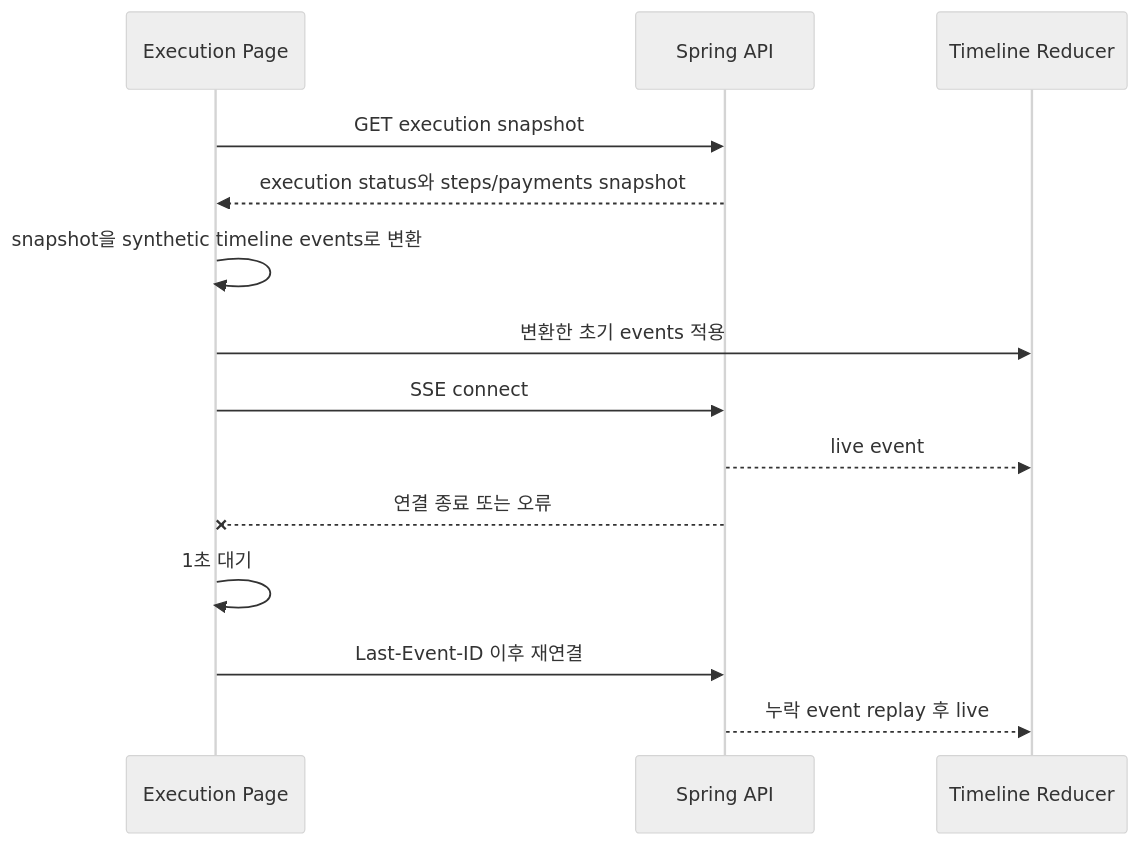
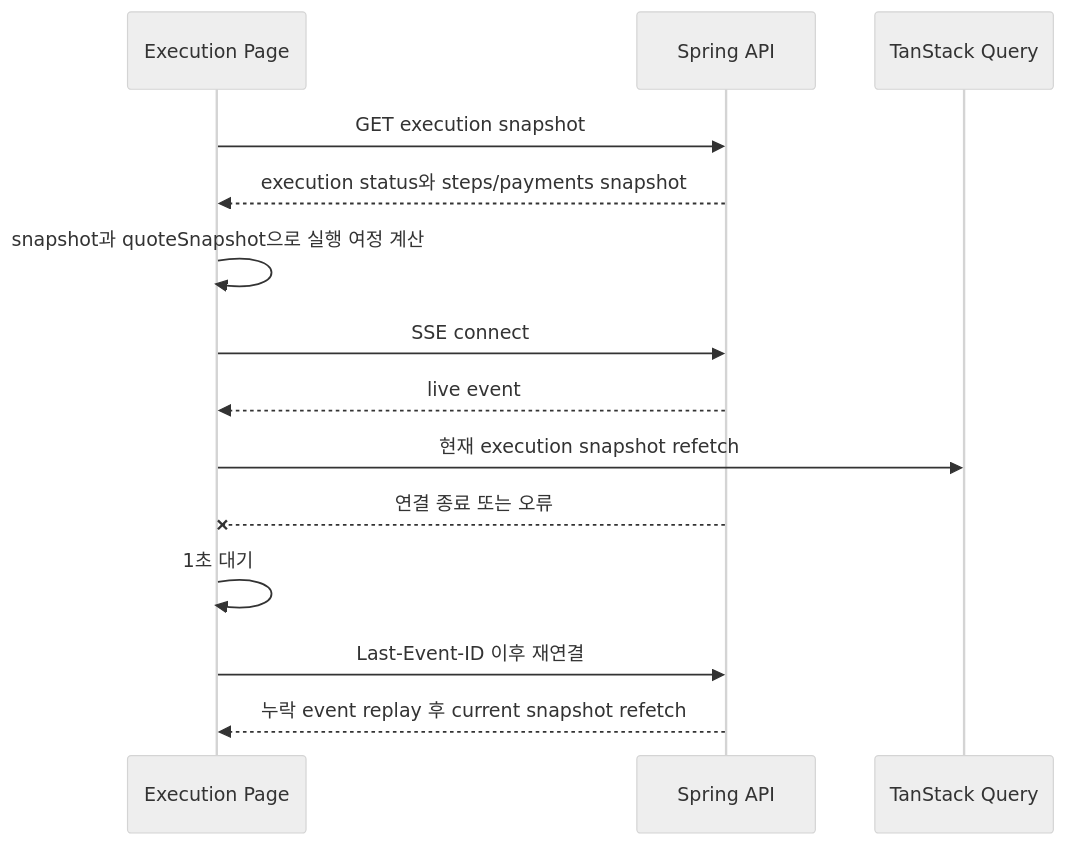
The sixth of 7 diagrams in README.md (rdme0/agent-store-fe), drawn with Mermaid (neutral theme) before and after one commit. The commit also changed other lines of this file and 40 other files, not shown here.

````diff
--- a/README.md
+++ b/README.md
@@ -160,16 +160,16 @@
 ```mermaid
 sequenceDiagram
     participant Page as Execution Page
     participant API as Spring API
-    participant Reducer as Timeline Reducer
+    participant Query as TanStack Query
     Page->>API: GET execution snapshot
     API-->>Page: execution status와 steps/payments snapshot
-    Page->>Page: snapshot을 synthetic timeline events로 변환
-    Page->>Reducer: 변환한 초기 events 적용
+    Page->>Page: snapshot과 quoteSnapshot으로 실행 여정 계산
     Page->>API: SSE connect
-    API-->>Reducer: live event
+    API-->>Page: live event
+    Page->>Query: 현재 execution snapshot refetch
     API--xPage: 연결 종료 또는 오류
     Page->>Page: 1초 대기
     Page->>API: Last-Event-ID 이후 재연결
-    API-->>Reducer: 누락 event replay 후 live
+    API-->>Page: 누락 event replay 후 current snapshot refetch
 ```
````
